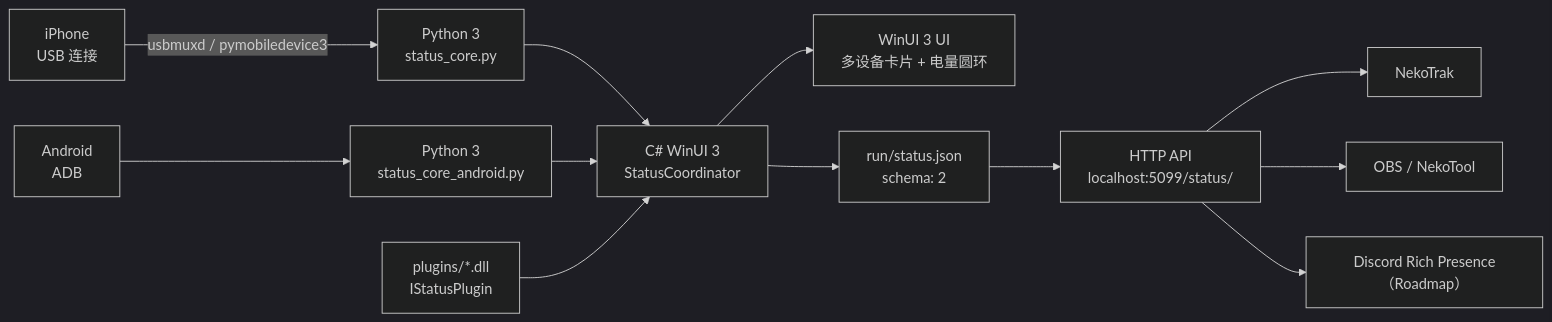
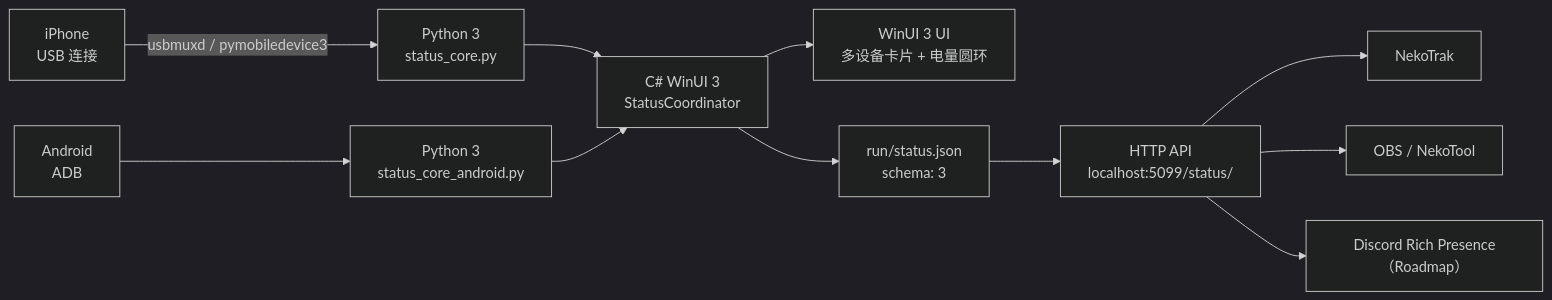
The diagram in README.md (ganmayou2333/StatusCast), drawn with Mermaid (dark theme) before and after one commit. The commit also changed other lines of this file and 18 other files, not shown here.

Commit message:
refactor(v3): strip plugins and return pure devices JSON

````diff
--- a/README.md
+++ b/README.md
@@ -62,14 +60,13 @@
 ```mermaid
 flowchart LR
     iPhone["iPhone\nUSB 连接"] -->|usbmuxd / pymobiledevice3| IOS["Python 3\nstatus_core.py"]
     Android["Android\nADB"] --> ADB["Python 3\nstatus_core_android.py"]
     IOS --> Coord["C# WinUI 3\nStatusCoordinator"]
     ADB --> Coord
-    Plugins["plugins/*.dll\nIStatusPlugin"] --> Coord
     Coord --> UI["WinUI 3 UI\n多设备卡片 + 电量圆环"]
-    Coord --> JSON["run/status.json\nschema: 2"]
+    Coord --> JSON["run/status.json\nschema: 3"]
     JSON --> HTTP["HTTP API\nlocalhost:5099/status/"]
     HTTP --> NekoTrak["NekoTrak"]
     HTTP --> OBS["OBS / NekoTool"]
     HTTP --> Discord["Discord Rich Presence（Roadmap）"]
 ```
````
